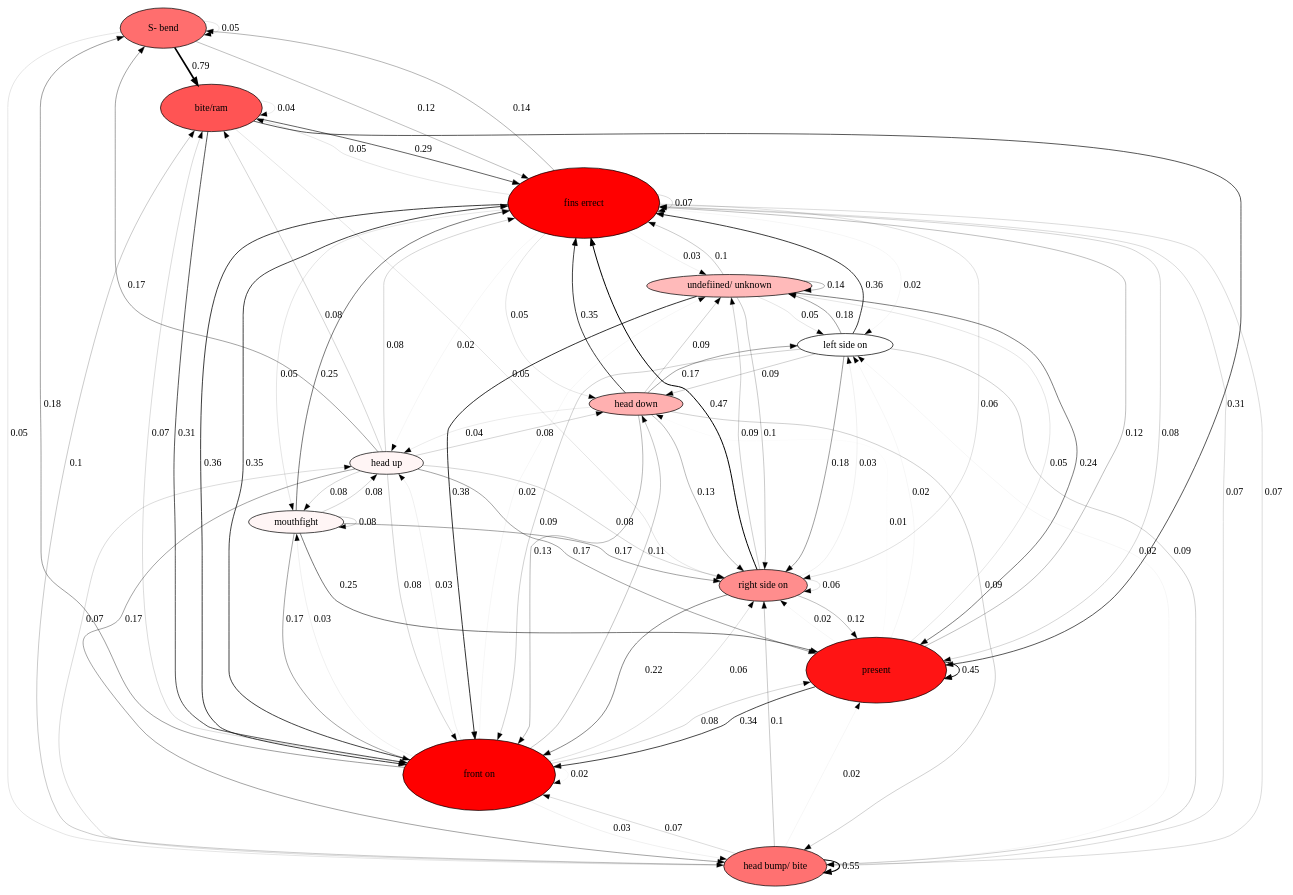
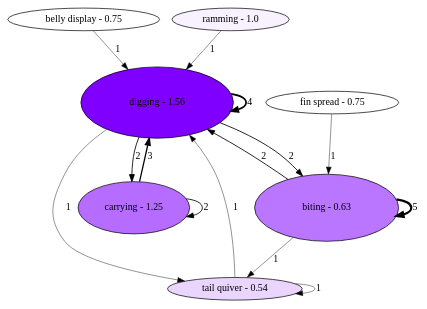
The diagram in images/transitions.gv (nicolkraus/AnalyzeBehavior), drawn with Graphviz before and after one commit. The commit also changed 6 other files, not shown here.

```diff
--- a/images/transitions.gv
+++ b/images/transitions.gv
@@ -1,101 +1,23 @@
 digraph  {
-"S- bend" [fillcolor="0.0 0.5665974982674701 1", height="0.793236497574458", style=filled, width="1.6997924948024101"];
-"bite/ram" [fillcolor="0.0 0.668891847303506 1", height="0.9364485862249083", style=filled, width="2.0066755419105182"];
-"fins errect" [fillcolor="0.0 0.9965793562279595 1", height="1.395211098719143", style=filled, width="2.989738068683878"];
-"head bump/ bite" [fillcolor="0.0 0.5568180853686706 1", height="0.7795453195161388", style=filled, width="1.6704542561060118"];
-"front on" [fillcolor="0.0 1.0 1", height="1.4", style=filled, width="3.0"];
-present [fillcolor="0.0 0.9214918313517366 1", height="1.290088563892431", style=filled, width="2.76447549405521"];
-"right side on" [fillcolor="0.0 0.44380083637217843 1", height="0.6213211709210498", style=filled, width="1.3314025091165353"];
-"head down" [fillcolor="0.0 0.30655045207285186 1", height="0.4291706329019926", style=filled, width="0.9196513562185555"];
-"head up" [fillcolor="0.0 0.03616243922264275 1", height="0.05062741491169984", style=filled, width="0.10848731766792824"];
-"left side on" [fillcolor="0.0 0.0 1", height="0.0", style=filled, width="0.0"];
-mouthfight [fillcolor="0.0 0.03616243922264275 1", height="0.05062741491169984", style=filled, width="0.10848731766792824"];
-"undefiined/ unknown" [fillcolor="0.0 0.26874204684864295 1", height="0.3762388655881001", style=filled, width="0.8062261405459288"];
-"S- bend" -> "S- bend"  [label="0.05", penwidth="0.15000000000000002"];
-"S- bend" -> "bite/ram"  [label="0.79", penwidth="2.37"];
-"S- bend" -> "fins errect"  [label="0.12", penwidth="0.36"];
-"S- bend" -> "head bump/ bite"  [label="0.05", penwidth="0.15000000000000002"];
-"bite/ram" -> "bite/ram"  [label="0.04", penwidth="0.12"];
-"bite/ram" -> "fins errect"  [label="0.29", penwidth="0.8699999999999999"];
-"bite/ram" -> "front on"  [label="0.31", penwidth="0.9299999999999999"];
-"bite/ram" -> present  [label="0.31", penwidth="0.9299999999999999"];
-"bite/ram" -> "right side on"  [label="0.05", penwidth="0.15000000000000002"];
-"fins errect" -> "S- bend"  [label="0.14", penwidth="0.42000000000000004"];
-"fins errect" -> "bite/ram"  [label="0.05", penwidth="0.15000000000000002"];
-"fins errect" -> "fins errect"  [label="0.07", penwidth="0.21000000000000002"];
-"fins errect" -> "front on"  [label="0.36", penwidth="1.08"];
-"fins errect" -> "head bump/ bite"  [label="0.07", penwidth="0.21000000000000002"];
-"fins errect" -> "head down"  [label="0.05", penwidth="0.15000000000000002"];
-"fins errect" -> "head up"  [label="0.02", penwidth="0.06"];
-"fins errect" -> "left side on"  [label="0.02", penwidth="0.06"];
-"fins errect" -> mouthfight  [label="0.05", penwidth="0.15000000000000002"];
-"fins errect" -> present  [label="0.08", penwidth="0.24"];
-"fins errect" -> "right side on"  [label="0.06", penwidth="0.18"];
-"fins errect" -> "undefiined/ unknown"  [label="0.03", penwidth="0.09"];
-"head bump/ bite" -> "bite/ram"  [label="0.1", penwidth="0.30000000000000004"];
-"head bump/ bite" -> "fins errect"  [label="0.07", penwidth="0.21000000000000002"];
-"head bump/ bite" -> "front on"  [label="0.07", penwidth="0.21000000000000002"];
-"head bump/ bite" -> "head bump/ bite"  [label="0.55", penwidth="1.6500000000000001"];
-"head bump/ bite" -> "head up"  [label="0.07", penwidth="0.21000000000000002"];
-"head bump/ bite" -> "left side on"  [label="0.02", penwidth="0.06"];
-"head bump/ bite" -> present  [label="0.02", penwidth="0.06"];
-"head bump/ bite" -> "right side on"  [label="0.1", penwidth="0.30000000000000004"];
-"front on" -> "S- bend"  [label="0.18", penwidth="0.54"];
-"front on" -> "bite/ram"  [label="0.07", penwidth="0.21000000000000002"];
-"front on" -> "fins errect"  [label="0.35", penwidth="1.0499999999999998"];
-"front on" -> "front on"  [label="0.02", penwidth="0.06"];
-"front on" -> "head bump/ bite"  [label="0.03", penwidth="0.09"];
-"front on" -> "head down"  [label="0.11", penwidth="0.33"];
-"front on" -> "head up"  [label="0.03", penwidth="0.09"];
-"front on" -> mouthfight  [label="0.03", penwidth="0.09"];
-"front on" -> present  [label="0.08", penwidth="0.24"];
-"front on" -> "right side on"  [label="0.06", penwidth="0.18"];
-"front on" -> "undefiined/ unknown"  [label="0.02", penwidth="0.06"];
-present -> "fins errect"  [label="0.12", penwidth="0.36"];
-present -> "front on"  [label="0.34", penwidth="1.02"];
-present -> "head down"  [label="0.01", penwidth="0.03"];
-present -> "left side on"  [label="0.02", penwidth="0.06"];
-present -> present  [label="0.45", penwidth="1.35"];
-present -> "right side on"  [label="0.02", penwidth="0.06"];
-present -> "undefiined/ unknown"  [label="0.05", penwidth="0.15000000000000002"];
-"right side on" -> "fins errect"  [label="0.47", penwidth="1.41"];
-"right side on" -> "front on"  [label="0.22", penwidth="0.66"];
-"right side on" -> "left side on"  [label="0.03", penwidth="0.09"];
-"right side on" -> present  [label="0.12", penwidth="0.36"];
-"right side on" -> "right side on"  [label="0.06", penwidth="0.18"];
-"right side on" -> "undefiined/ unknown"  [label="0.09", penwidth="0.27"];
-"head down" -> "fins errect"  [label="0.35", penwidth="1.0499999999999998"];
-"head down" -> "front on"  [label="0.13", penwidth="0.39"];
-"head down" -> "head bump/ bite"  [label="0.09", penwidth="0.27"];
-"head down" -> "head up"  [label="0.04", penwidth="0.12"];
-"head down" -> "left side on"  [label="0.17", penwidth="0.51"];
-"head down" -> "right side on"  [label="0.13", penwidth="0.39"];
-"head down" -> "undefiined/ unknown"  [label="0.09", penwidth="0.27"];
-"head up" -> "S- bend"  [label="0.17", penwidth="0.51"];
-"head up" -> "bite/ram"  [label="0.08", penwidth="0.24"];
-"head up" -> "fins errect"  [label="0.08", penwidth="0.24"];
-"head up" -> "front on"  [label="0.08", penwidth="0.24"];
-"head up" -> "head bump/ bite"  [label="0.17", penwidth="0.51"];
-"head up" -> "head down"  [label="0.08", penwidth="0.24"];
-"head up" -> mouthfight  [label="0.08", penwidth="0.24"];
-"head up" -> present  [label="0.17", penwidth="0.51"];
-"head up" -> "right side on"  [label="0.08", penwidth="0.24"];
-"left side on" -> "fins errect"  [label="0.36", penwidth="1.08"];
-"left side on" -> "front on"  [label="0.09", penwidth="0.27"];
-"left side on" -> "head bump/ bite"  [label="0.09", penwidth="0.27"];
-"left side on" -> "head down"  [label="0.09", penwidth="0.27"];
-"left side on" -> "right side on"  [label="0.18", penwidth="0.54"];
-"left side on" -> "undefiined/ unknown"  [label="0.18", penwidth="0.54"];
-mouthfight -> "fins errect"  [label="0.25", penwidth="0.75"];
-mouthfight -> "front on"  [label="0.17", penwidth="0.51"];
-mouthfight -> "head up"  [label="0.08", penwidth="0.24"];
-mouthfight -> mouthfight  [label="0.08", penwidth="0.24"];
-mouthfight -> present  [label="0.25", penwidth="0.75"];
-mouthfight -> "right side on"  [label="0.17", penwidth="0.51"];
-"undefiined/ unknown" -> "fins errect"  [label="0.1", penwidth="0.30000000000000004"];
-"undefiined/ unknown" -> "front on"  [label="0.38", penwidth="1.1400000000000001"];
-"undefiined/ unknown" -> "left side on"  [label="0.05", penwidth="0.15000000000000002"];
-"undefiined/ unknown" -> present  [label="0.24", penwidth="0.72"];
-"undefiined/ unknown" -> "right side on"  [label="0.1", penwidth="0.30000000000000004"];
-"undefiined/ unknown" -> "undefiined/ unknown"  [label="0.14", penwidth="0.42000000000000004"];
+"belly display - 0.75" [fillcolor="0.75 0.0 1", height="0.0", style=filled, width="0.0"];
+"digging - 1.56" [fillcolor="0.75 1.0 1", height="1.4", style=filled, width="3.0"];
+"biting - 0.63" [fillcolor="0.75 0.5372006500864834 1", height="1.3249524825000603", style=filled, width="2.839183891071558"];
+"tail quiver - 0.54" [fillcolor="0.75 0.1616645890899504 1", height="0.44165082750002016", style=filled, width="0.9463946303571862"];
+"carrying - 1.25" [fillcolor="0.75 0.5699558974427669 1", height="1.0254814645025487", style=filled, width="2.19746028107689"];
+"fin spread - 0.75" [fillcolor="0.75 0.0 1", height="0.0", style=filled, width="0.0"];
+"ramming - 1.0" [fillcolor="0.75 0.05349235890997115 1", height="0.0", style=filled, width="0.0"];
+"belly display - 0.75" -> "digging - 1.56"  [label=1, penwidth="0.6000000000000001"];
+"digging - 1.56" -> "biting - 0.63"  [label=2, penwidth="1.2000000000000002"];
+"digging - 1.56" -> "carrying - 1.25"  [label=2, penwidth="1.2000000000000002"];
+"digging - 1.56" -> "digging - 1.56"  [label=4, penwidth="2.4000000000000004"];
+"digging - 1.56" -> "tail quiver - 0.54"  [label=1, penwidth="0.6000000000000001"];
+"biting - 0.63" -> "biting - 0.63"  [label=5, penwidth="3.0"];
+"biting - 0.63" -> "digging - 1.56"  [label=2, penwidth="1.2000000000000002"];
+"biting - 0.63" -> "tail quiver - 0.54"  [label=1, penwidth="0.6000000000000001"];
+"tail quiver - 0.54" -> "digging - 1.56"  [label=1, penwidth="0.6000000000000001"];
+"tail quiver - 0.54" -> "tail quiver - 0.54"  [label=1, penwidth="0.6000000000000001"];
+"carrying - 1.25" -> "carrying - 1.25"  [label=2, penwidth="1.2000000000000002"];
+"carrying - 1.25" -> "digging - 1.56"  [label=3, penwidth="1.7999999999999998"];
+"fin spread - 0.75" -> "biting - 0.63"  [label=1, penwidth="0.6000000000000001"];
+"ramming - 1.0" -> "digging - 1.56"  [label=1, penwidth="0.6000000000000001"];
 }
```
